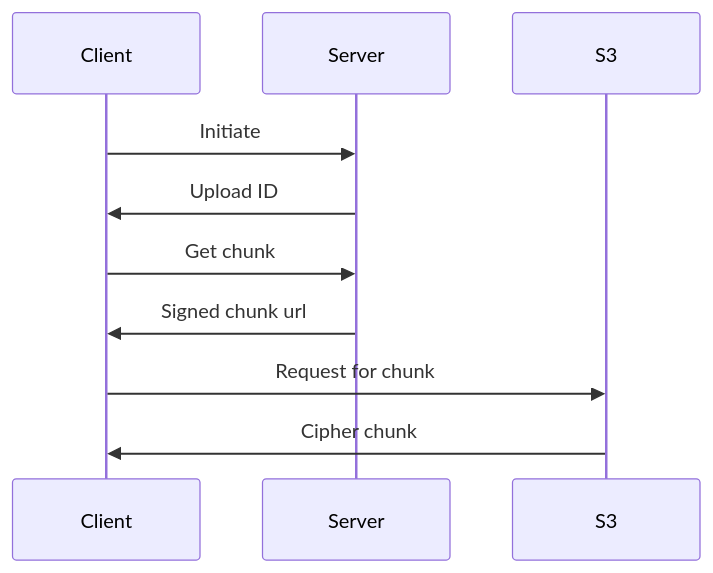
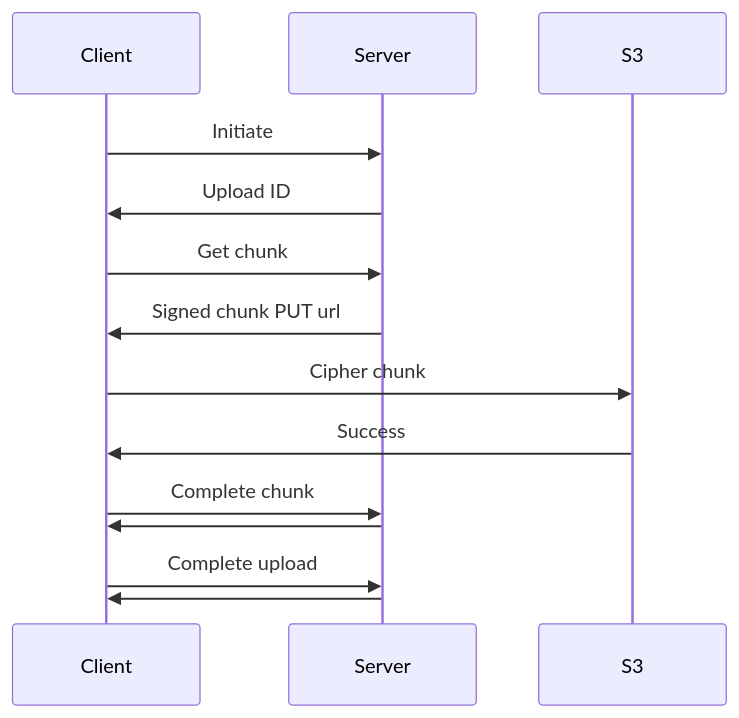
Before and after one commit to MoveToEx/vault: the third of 5 diagrams in frontend/SPEC.md, drawn with Mermaid. The commit also changed other lines of this file and 10 other files, not shown here.

````diff
--- a/frontend/SPEC.md
+++ b/frontend/SPEC.md
@@ -41,12 +41,16 @@
 ```mermaid
 sequenceDiagram
     participant Client
     participant Server
     participant S3
     Client->>Server: Initiate
     Server->>Client: Upload ID
     Client->>Server: Get chunk
-    Server->>Client: Signed chunk url
-    Client->>S3: Request for chunk
-    S3->>Client: Cipher chunk
+    Server->>Client: Signed chunk PUT url
+    Client->>S3: Cipher chunk
+    S3->>Client: Success
+    Client->>Server: Complete chunk
+    Server->>Client:
+    Client->>Server: Complete upload
+    Server->>Client:
 ```
````
